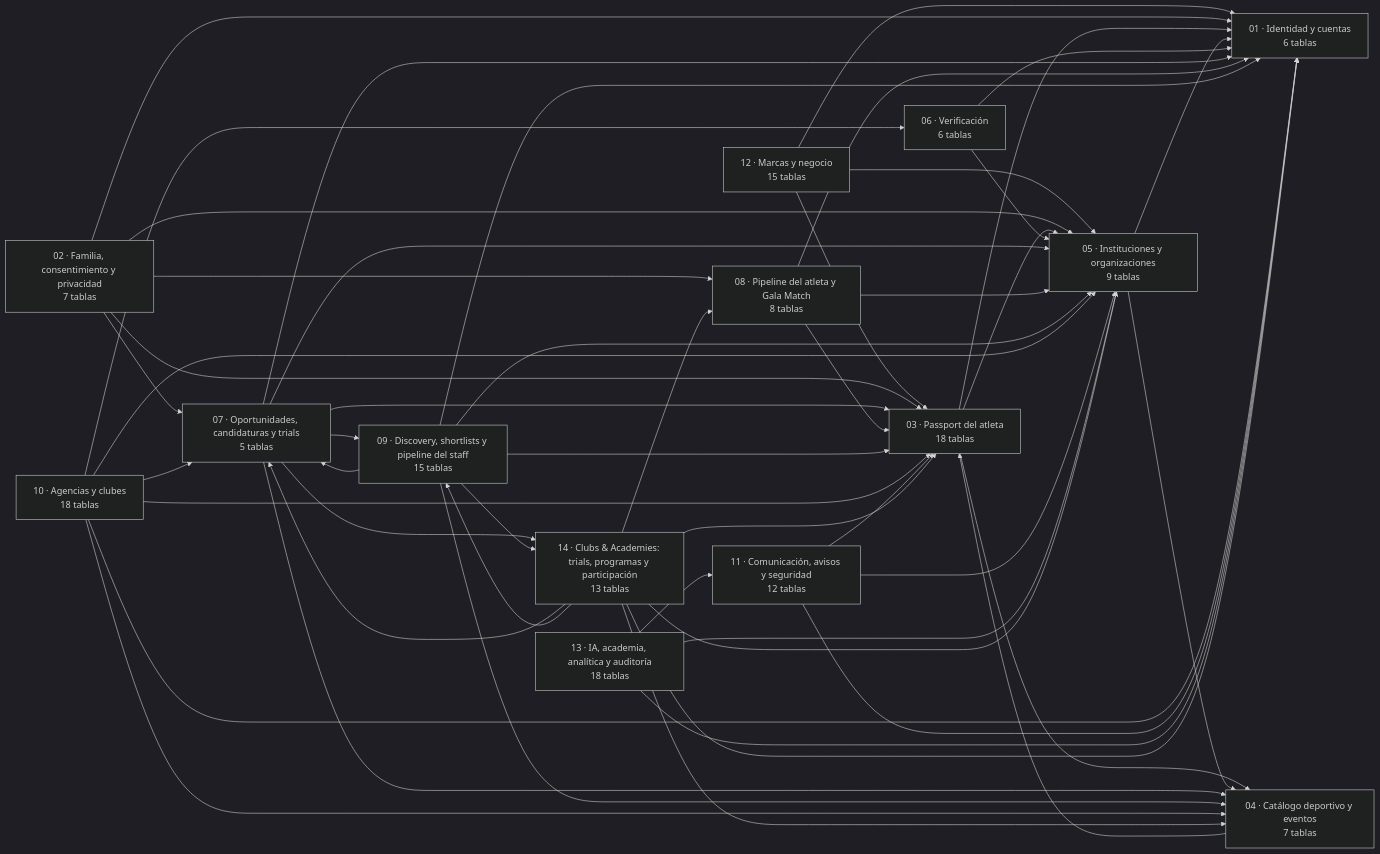
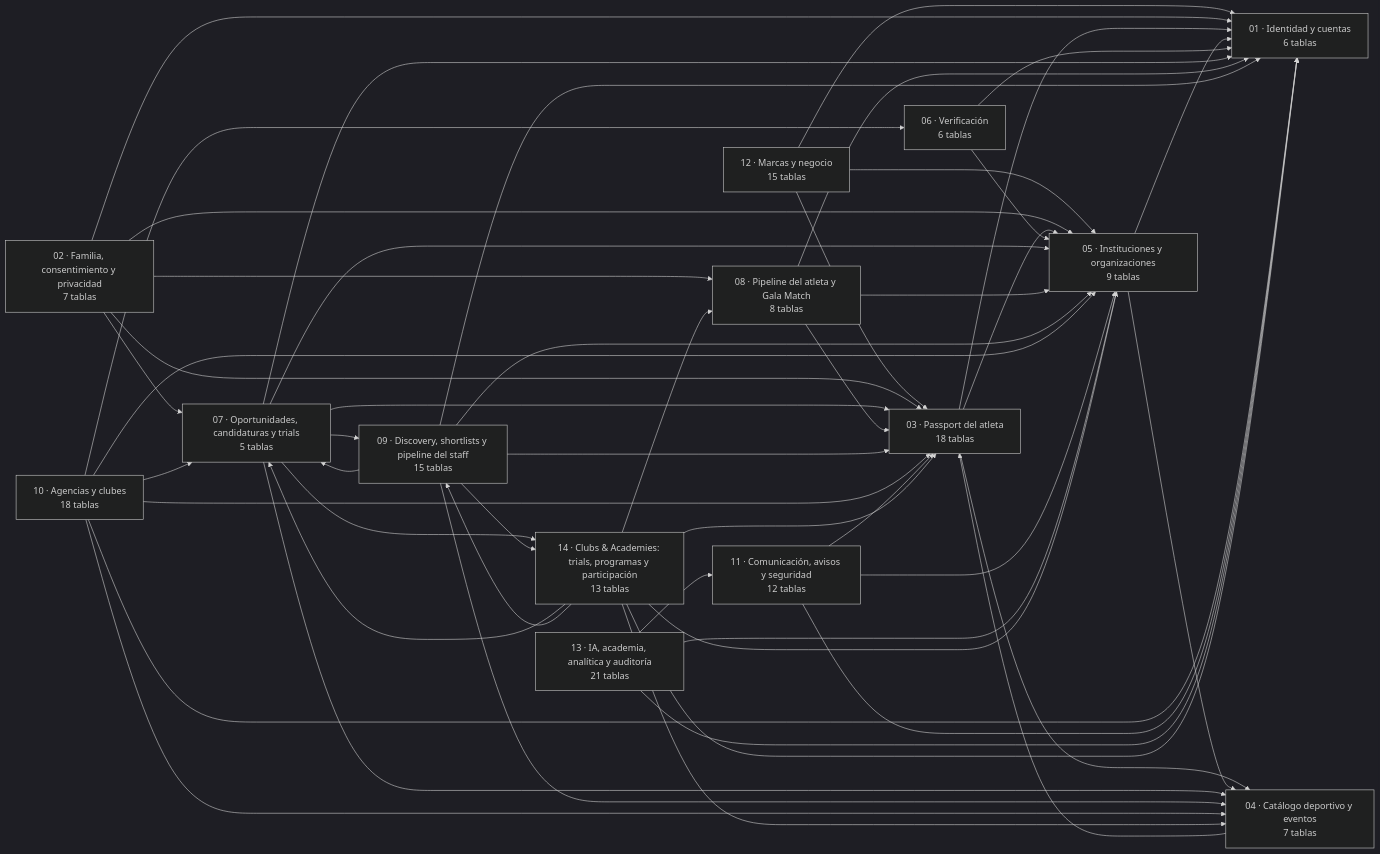
The first of 2 diagrams in docs/erd/00-MASTER.md (Galacamarena9/THE-GALA-ALLIANCE), drawn with Mermaid (dark theme) before and after one commit. The commit also changed other lines of this file and 24 other files, not shown here.

````diff
--- a/docs/erd/00-MASTER.md
+++ b/docs/erd/00-MASTER.md
@@ -13,67 +13,67 @@
 ```mermaid
 flowchart LR
   D01["01 · Identidad y cuentas<br>6 tablas"]
   D02["02 · Familia, consentimiento y privacidad<br>7 tablas"]
   D03["03 · Passport del atleta<br>18 tablas"]
   D04["04 · Catálogo deportivo y eventos<br>7 tablas"]
   D05["05 · Instituciones y organizaciones<br>9 tablas"]
   D06["06 · Verificación<br>6 tablas"]
   D07["07 · Oportunidades, candidaturas y trials<br>5 tablas"]
   D08["08 · Pipeline del atleta y Gala Match<br>8 tablas"]
   D09["09 · Discovery, shortlists y pipeline del staff<br>15 tablas"]
   D10["10 · Agencias y clubes<br>18 tablas"]
   D11["11 · Comunicación, avisos y seguridad<br>12 tablas"]
   D12["12 · Marcas y negocio<br>15 tablas"]
-  D13["13 · IA, academia, analítica y auditoría<br>18 tablas"]
+  D13["13 · IA, academia, analítica y auditoría<br>21 tablas"]
   D14["14 · Clubs & Academies: trials, programas y participación<br>13 tablas"]
   D12 --> D01
   D12 --> D03
   D12 --> D05
   D02 --> D01
   D02 --> D03
   D02 --> D05
   D02 --> D07
   D02 --> D08
   D03 --> D01
   D03 --> D04
   D03 --> D05
   D04 --> D03
   D05 --> D01
   D05 --> D04
   D06 --> D01
   D06 --> D05
   D07 --> D01
   D07 --> D03
   D07 --> D04
   D07 --> D05
   D07 --> D09
   D07 --> D14
   D08 --> D01
   D08 --> D03
   D08 --> D05
   D09 --> D01
   D09 --> D03
   D09 --> D04
   D09 --> D05
   D09 --> D07
   D09 --> D14
   D10 --> D01
   D10 --> D03
   D10 --> D04
   D10 --> D05
   D10 --> D06
   D10 --> D07
   D11 --> D01
   D11 --> D03
   D11 --> D05
   D13 --> D01
   D13 --> D05
   D13 --> D11
   D14 --> D01
   D14 --> D03
   D14 --> D04
   D14 --> D05
   D14 --> D07
   D14 --> D08
   D14 --> D09
 ```
````
